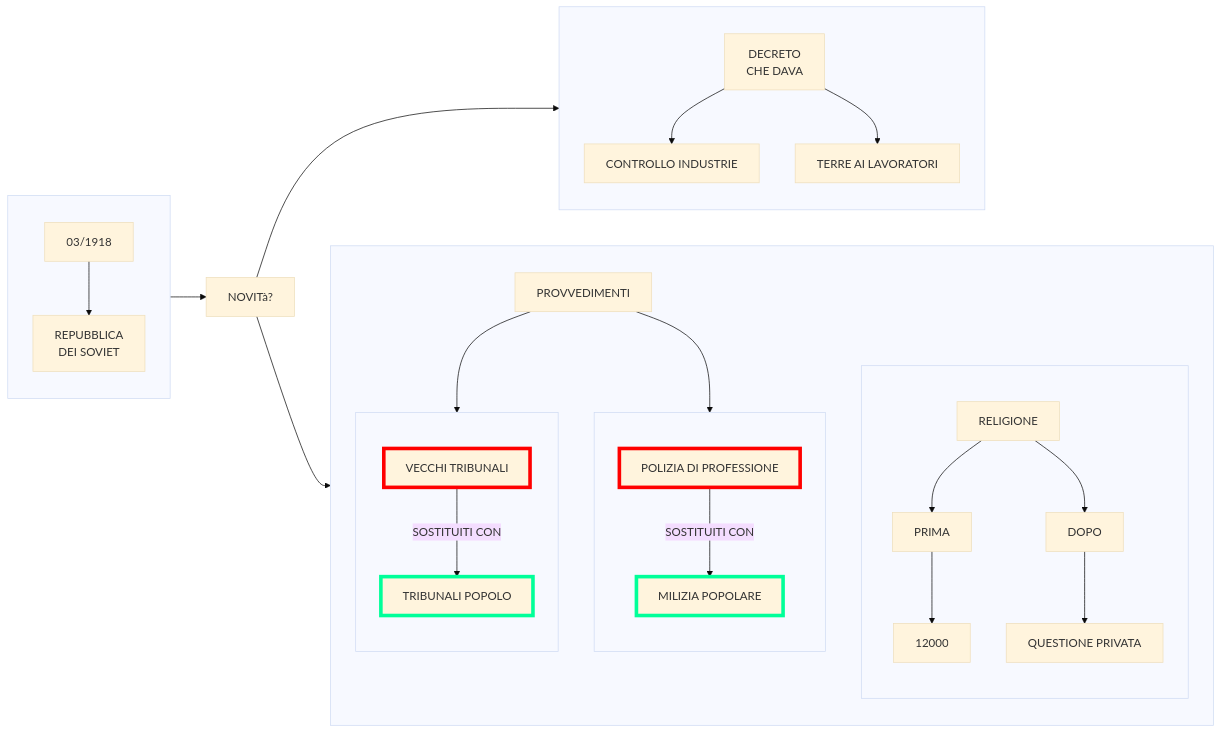
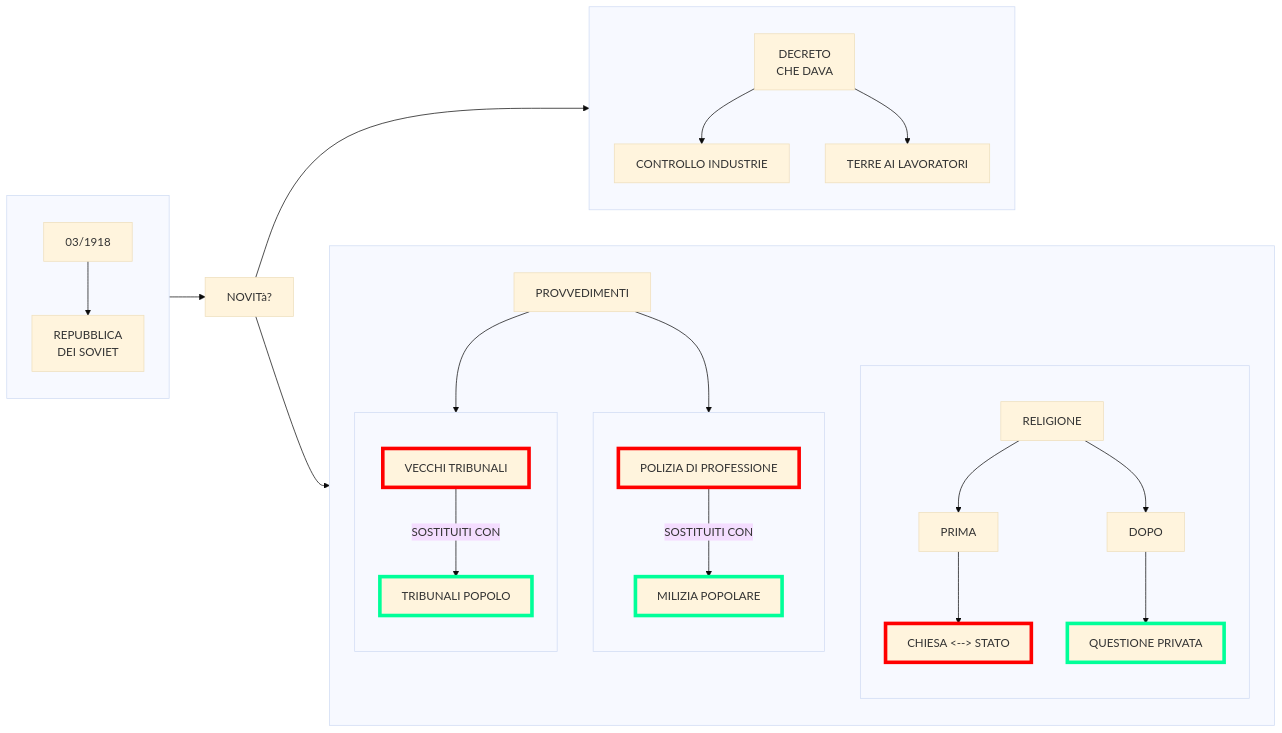
The fourth of 4 diagrams in stalinismo.md (Laaouatni/ricerca-storia-MermaidJS), drawn with Mermaid (base theme) before and after one commit.

````diff
--- a/stalinismo.md
+++ b/stalinismo.md
@@ -118,48 +118,46 @@
 ```mermaid
 flowchart LR
     subgraph 0[" "]
         00[03/1918] -->
         000[REPUBBLICA <br> DEI SOVIET]
     end
     01[NOVITà?]
     subgraph 013[" "]
         direction TB;
         010[DECRETO <br> CHE DAVA]
         011[CONTROLLO INDUSTRIE]
         012[TERRE AI LAVORATORI]
         010 --> 011 & 012
     end
     subgraph 014[" "]
         1[PROVVEDIMENTI]
         subgraph 10[" "]
             100[VECCHI TRIBUNALI]
             style 100 stroke:#ff0000, stroke-width:5px;
             101[TRIBUNALI POPOLO]
             style 101 stroke:#00ff99, stroke-width:5px;
             100 -->|SOSTITUITI CON| 101
         end
         subgraph 11[" "]
             110[POLIZIA DI PROFESSIONE]
             style 110 stroke:#ff0000, stroke-width:5px;
             111[MILIZIA POPOLARE]
             style 111 stroke:#00ff99, stroke-width:5px;
             110 -->|SOSTITUITI CON| 111
         end
         subgraph 12[" "]
             120[RELIGIONE]
             1200[PRIMA]
+            12000[CHIESA <--> STATO]
+            style 12000 stroke:#ff0000, stroke-width:5px;
             1201[DOPO]
-            %% subgraph 12000[" "]
-            %%     12000[CHIESA]
-            %%     12001[STATO]
-            %%     12000 <--> 12001
-            %% end
             12010[QUESTIONE PRIVATA]
+            style 12010 stroke:#00ff99, stroke-width:5px;
             120 --> 1200 & 1201
             1201 --> 12010
             1200 --> 12000
         end
         1 --> 10 & 11
     end
     0 --> 01 --> 013 & 014
 ```
````
